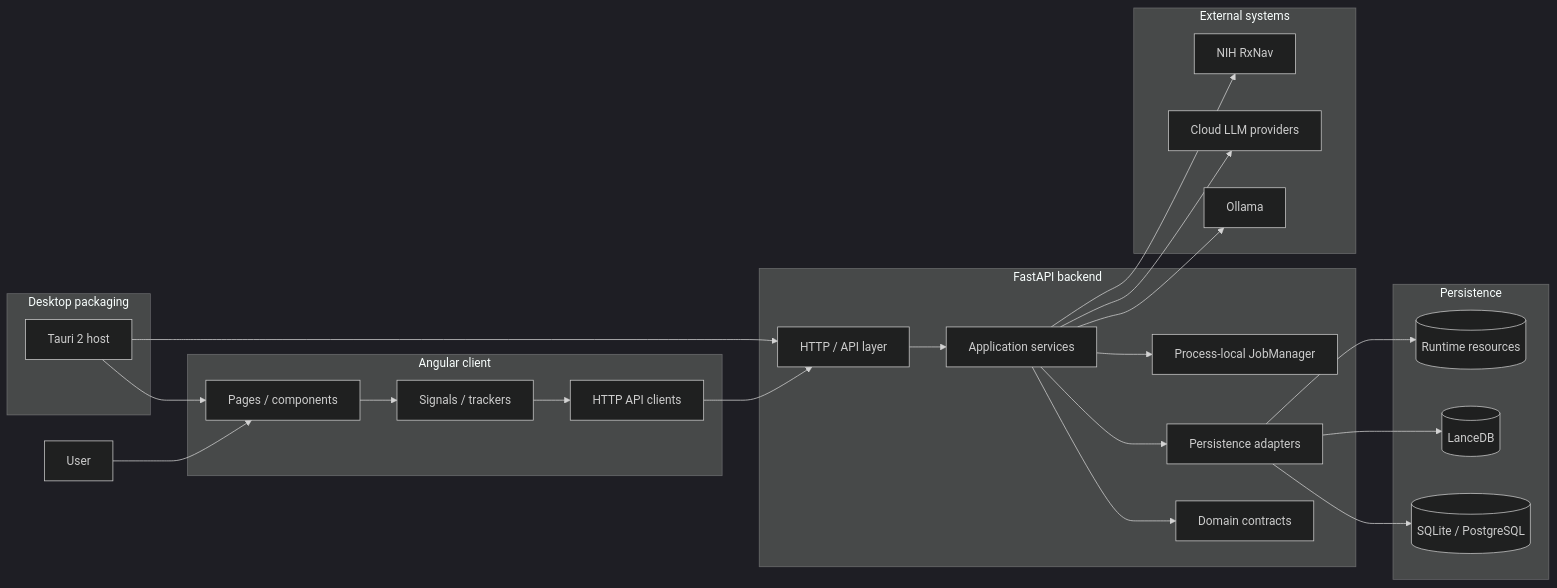
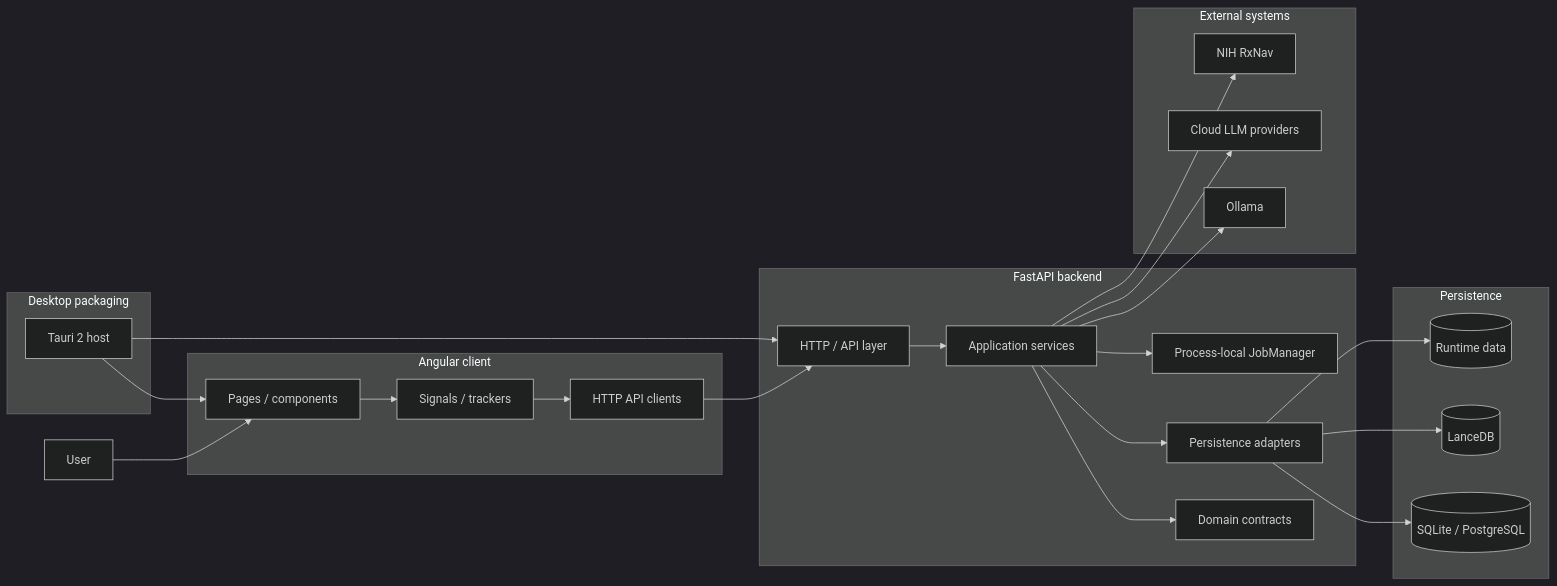
One commit to CTCycle/DILIGENT-Clinical-Copilot changed the diagram in assets/docs/architecture/system_overview.md. Above: the diagram before and after it, drawn with Mermaid (dark theme). The commit also changed other lines of this file and 44 other files, not shown here.

````diff
--- a/assets/docs/architecture/system_overview.md
+++ b/assets/docs/architecture/system_overview.md
@@ -23,51 +23,51 @@
 ```mermaid
 flowchart LR
     User[User]
 
     subgraph Desktop["Desktop packaging"]
         Tauri[Tauri 2 host]
     end
 
     subgraph Frontend["Angular client"]
         Pages[Pages / components]
         State[Signals / trackers]
         ApiClients[HTTP API clients]
     end
 
     subgraph Backend["FastAPI backend"]
         API[HTTP / API layer]
         Services[Application services]
         Domain[Domain contracts]
         Repositories[Persistence adapters]
         Jobs[Process-local JobManager]
     end
 
     subgraph Storage["Persistence"]
         SQL[(SQLite / PostgreSQL)]
         Lance[(LanceDB)]
-        Files[(Runtime resources)]
+        Files[(Runtime data)]
     end
 
     subgraph External["External systems"]
         Ollama[Ollama]
         LLMs[Cloud LLM providers]
         RxNav[NIH RxNav]
     end
 
     User --> Pages
     Tauri --> Pages
     Tauri --> API
     Pages --> State
     State --> ApiClients
     ApiClients --> API
     API --> Services
     Services --> Domain
     Services --> Repositories
     Services --> Jobs
     Repositories --> SQL
     Repositories --> Lance
     Repositories --> Files
     Services --> Ollama
     Services --> LLMs
     Services --> RxNav
 ```
````
